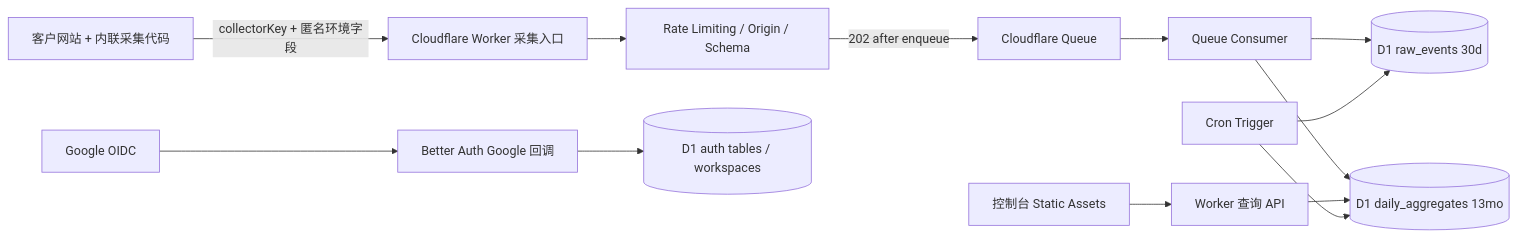
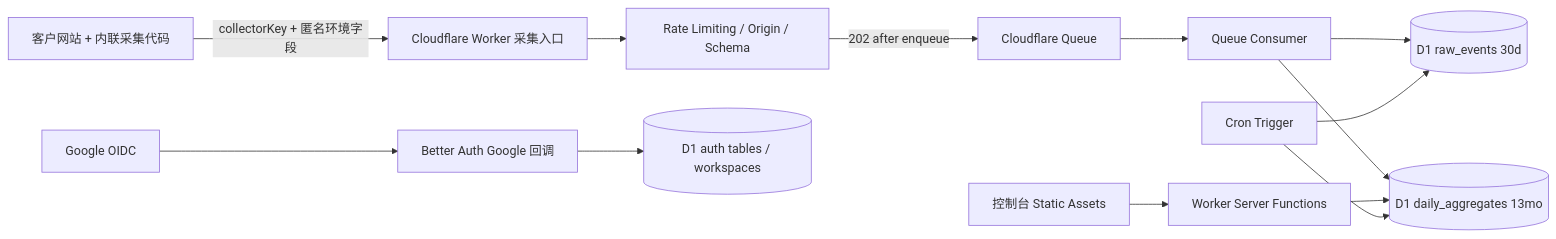
One commit to langliu/browser-pulse changed the diagram in PRODUCT_DEFINITION.md. Above: the diagram before and after it, drawn with Mermaid. The commit also changed other lines of this file and 19 other files, not shown here.

````diff
--- a/PRODUCT_DEFINITION.md
+++ b/PRODUCT_DEFINITION.md
@@ -459,15 +472,15 @@
 ```mermaid
 flowchart LR
   A[客户网站 + 内联采集代码] -->|collectorKey + 匿名环境字段| B[Cloudflare Worker 采集入口]
   B --> C[Rate Limiting / Origin / Schema]
   C -->|202 after enqueue| D[Cloudflare Queue]
   D --> E[Queue Consumer]
   E --> F[(D1 raw_events 30d)]
   E --> G[(D1 daily_aggregates 13mo)]
   H[Google OIDC] --> I[Better Auth Google 回调]
   I --> J[(D1 auth tables / workspaces)]
-  K[控制台 Static Assets] --> L[Worker 查询 API]
+  K[控制台 Static Assets] --> L[Worker Server Functions]
   L --> G
   M[Cron Trigger] --> F
   M --> G
 ```
````
